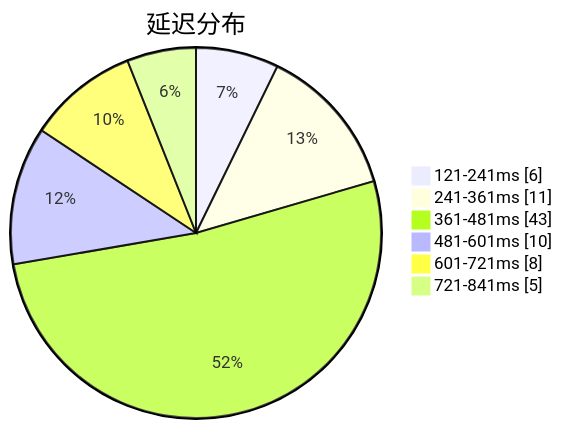
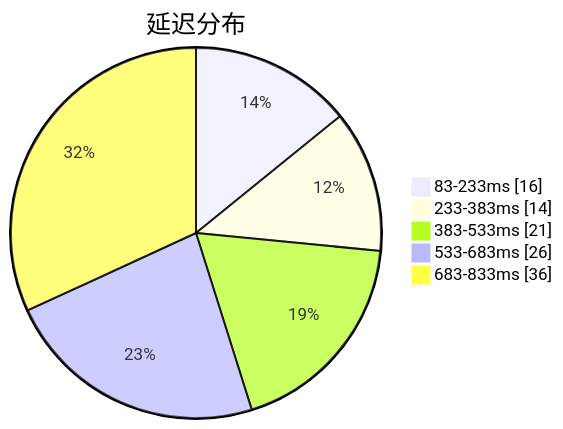
Before and after one commit to sinspired/airport: the first of 3 diagrams in subs/statistics/tested_within.md, drawn with Mermaid. The commit also changed other lines of this file and 2 other files, not shown here.

````diff
--- a/subs/statistics/tested_within.md
+++ b/subs/statistics/tested_within.md
@@ -2,10 +2,9 @@
 ```mermaid
 pie showData
 title 延迟分布
-"121-241ms" : 6
-"241-361ms" : 11
-"361-481ms" : 43
-"481-601ms" : 10
-"601-721ms" : 8
-"721-841ms" : 5
+"83-233ms" : 16
+"233-383ms" : 14
+"383-533ms" : 21
+"533-683ms" : 26
+"683-833ms" : 36
 ```
````
